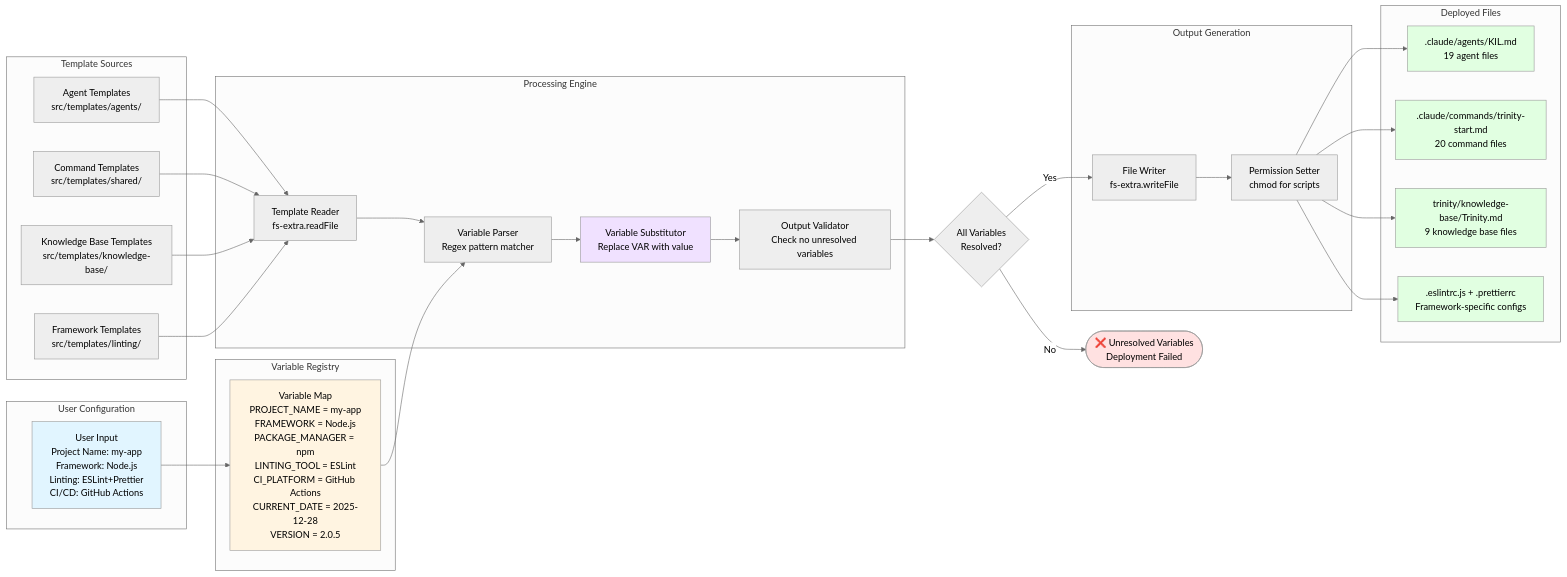
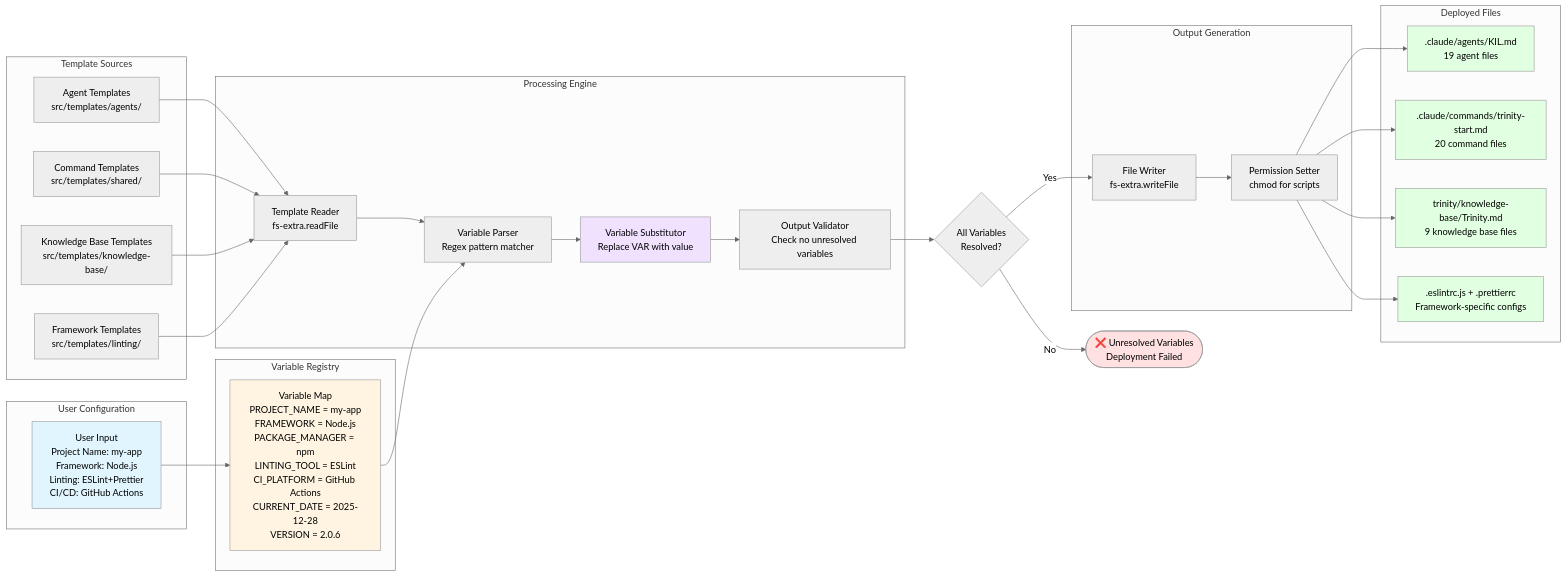
One commit to lukadfagundes/trinity-method-sdk changed the diagram in docs/images/template-processing-pipeline.md. Above: the diagram before and after it, drawn with Mermaid (neutral theme). The commit also changed other lines of this file and 27 other files, not shown here.

````diff
--- a/docs/images/template-processing-pipeline.md
+++ b/docs/images/template-processing-pipeline.md
@@ -3,66 +3,66 @@
 ```mermaid
 flowchart LR
     subgraph "Template Sources"
         T1[Agent Templates<br/>src/templates/agents/]
         T2[Command Templates<br/>src/templates/shared/]
         T3[Knowledge Base Templates<br/>src/templates/knowledge-base/]
         T4[Framework Templates<br/>src/templates/linting/]
     end
 
     subgraph "User Configuration"
         CONFIG[User Input<br/>Project Name: my-app<br/>Framework: Node.js<br/>Linting: ESLint+Prettier<br/>CI/CD: GitHub Actions]
     end
 
     subgraph "Variable Registry"
-        VARS["Variable Map<br/>PROJECT_NAME = my-app<br/>FRAMEWORK = Node.js<br/>PACKAGE_MANAGER = npm<br/>LINTING_TOOL = ESLint<br/>CI_PLATFORM = GitHub Actions<br/>CURRENT_DATE = 2025-12-28<br/>VERSION = 2.0.5"]
+        VARS["Variable Map<br/>PROJECT_NAME = my-app<br/>FRAMEWORK = Node.js<br/>PACKAGE_MANAGER = npm<br/>LINTING_TOOL = ESLint<br/>CI_PLATFORM = GitHub Actions<br/>CURRENT_DATE = 2025-12-28<br/>VERSION = 2.0.6"]
     end
 
     subgraph "Processing Engine"
         READER[Template Reader<br/>fs-extra.readFile]
         PARSER["Variable Parser<br/>Regex pattern matcher"]
         SUBSTITUTOR["Variable Substitutor<br/>Replace VAR with value"]
         VALIDATOR["Output Validator<br/>Check no unresolved variables"]
     end
 
     subgraph "Output Generation"
         WRITER[File Writer<br/>fs-extra.writeFile]
         PERMS[Permission Setter<br/>chmod for scripts]
     end
 
     subgraph "Deployed Files"
         OUT1[.claude/agents/KIL.md<br/>19 agent files]
         OUT2[.claude/commands/trinity-start.md<br/>20 command files]
         OUT3[trinity/knowledge-base/Trinity.md<br/>9 knowledge base files]
         OUT4[.eslintrc.js + .prettierrc<br/>Framework-specific configs]
     end
 
     CONFIG --> VARS
     T1 --> READER
     T2 --> READER
     T3 --> READER
     T4 --> READER
 
     READER --> PARSER
     VARS --> PARSER
     PARSER --> SUBSTITUTOR
     SUBSTITUTOR --> VALIDATOR
 
     VALIDATOR --> DECISION{All Variables<br/>Resolved?}
     DECISION -->|No| ERROR([❌ Unresolved Variables<br/>Deployment Failed])
     DECISION -->|Yes| WRITER
 
     WRITER --> PERMS
     PERMS --> OUT1
     PERMS --> OUT2
     PERMS --> OUT3
     PERMS --> OUT4
 
     style CONFIG fill:#e1f5ff
     style VARS fill:#fff4e1
     style SUBSTITUTOR fill:#f0e1ff
     style OUT1 fill:#e1ffe1
     style OUT2 fill:#e1ffe1
     style OUT3 fill:#e1ffe1
     style OUT4 fill:#e1ffe1
     style ERROR fill:#ffe1e1
 ```
````
